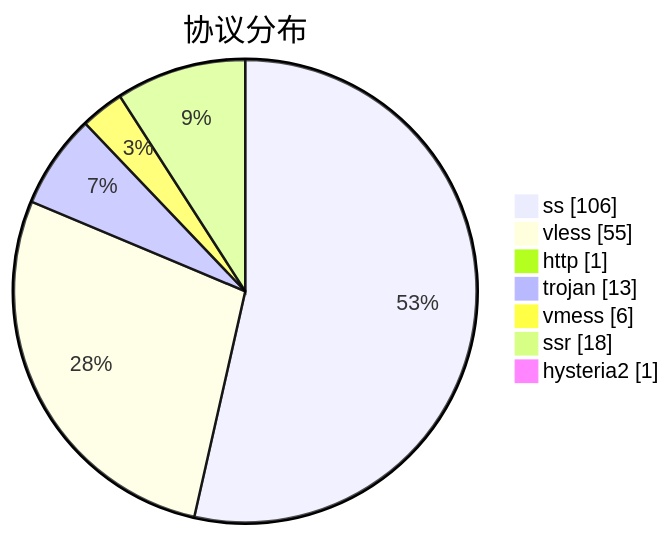
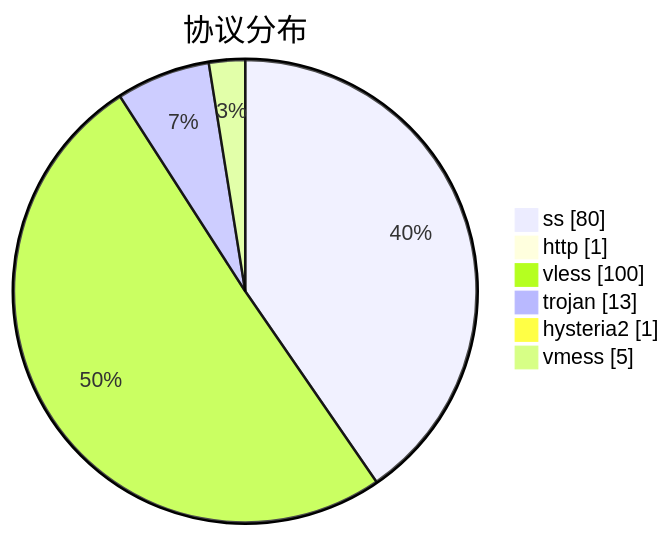
One commit to qjlxg/airport changed the third of 3 diagrams in subs/statistics/tested_within.md. Above: the diagram before and after it, drawn with Mermaid. The commit also changed other lines of this file and 2 other files, not shown here.

````diff
--- a/subs/statistics/tested_within.md
+++ b/subs/statistics/tested_within.md
@@ -29,11 +26,10 @@
 ```mermaid
 pie showData
 title 协议分布
-"ss" : 106
-"vless" : 55
+"ss" : 80
 "http" : 1
+"vless" : 100
 "trojan" : 13
-"vmess" : 6
-"ssr" : 18
 "hysteria2" : 1
+"vmess" : 5
 ```
````
